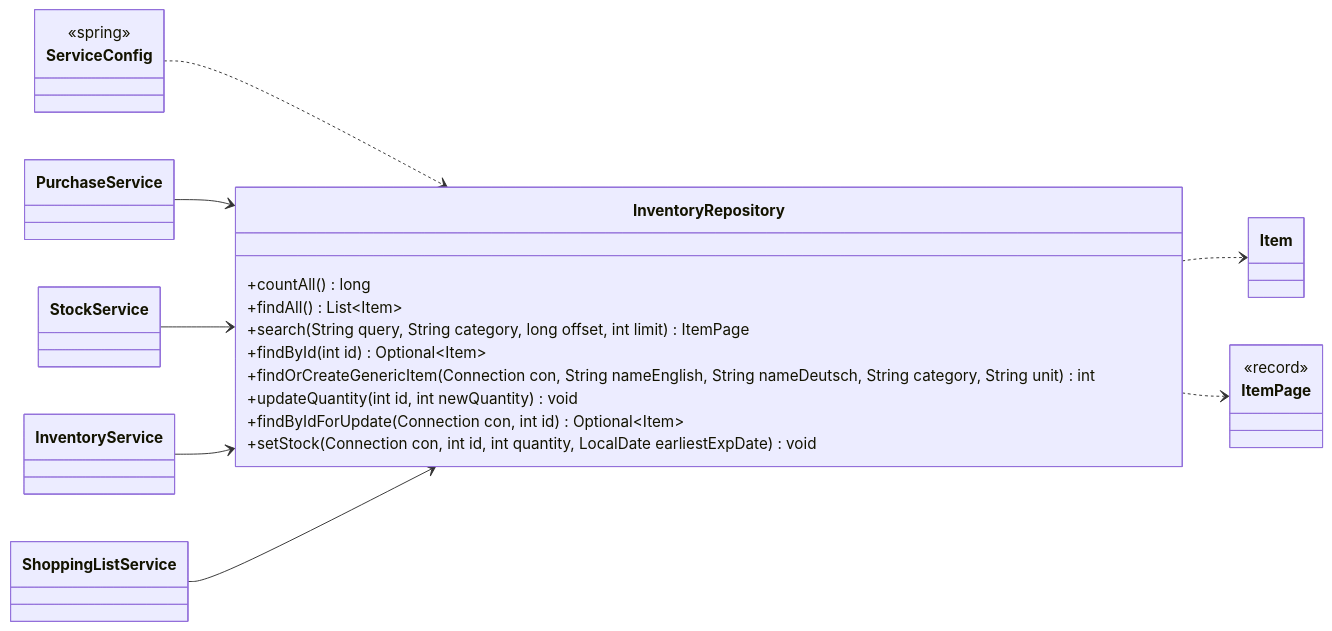
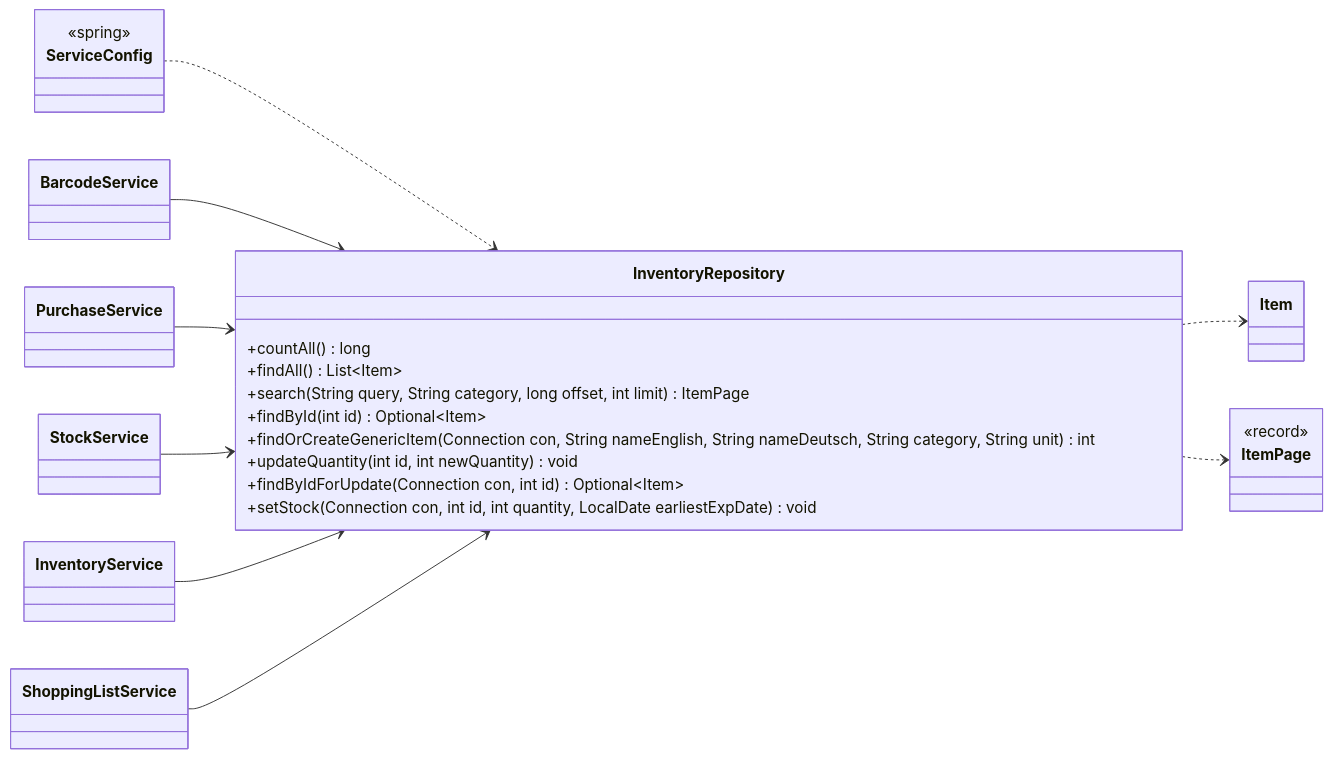
The second of 5 diagrams in docs/classes/inventory.md (Nate-ryan-7690/dahaem), drawn with Mermaid before and after one commit. The commit also changed other lines of this file and 7 other files, not shown here.

````diff
--- a/docs/classes/inventory.md
+++ b/docs/classes/inventory.md
@@ -44,32 +44,34 @@
 ```mermaid
 classDiagram
     direction LR
     class inventory_InventoryRepository["InventoryRepository"] {
         +countAll() long
         +findAll() List~Item~
         +search(String query, String category, long offset, int limit) ItemPage
         +findById(int id) Optional~Item~
         +findOrCreateGenericItem(Connection con, String nameEnglish, String nameDeutsch, String category, String unit) int
         +updateQuantity(int id, int newQuantity) void
         +findByIdForUpdate(Connection con, int id) Optional~Item~
         +setStock(Connection con, int id, int quantity, LocalDate earliestExpDate) void
     }
+    class barcode_BarcodeService["BarcodeService"]
     class finance_PurchaseService["PurchaseService"]
     class finance_StockService["StockService"]
     class inventory_InventoryService["InventoryService"]
     class shopping_ShoppingListService["ShoppingListService"]
     class inventory_Item["Item"]
     class inventory_ItemPage["ItemPage"] {
         <<record>>
     }
     class api_ServiceConfig["ServiceConfig"] {
         <<spring>>
     }
     inventory_InventoryRepository ..> inventory_Item
     inventory_InventoryRepository ..> inventory_ItemPage
     api_ServiceConfig ..> inventory_InventoryRepository
+    barcode_BarcodeService --> inventory_InventoryRepository
     finance_PurchaseService --> inventory_InventoryRepository
     finance_StockService --> inventory_InventoryRepository
     inventory_InventoryService --> inventory_InventoryRepository
     shopping_ShoppingListService --> inventory_InventoryRepository
 ```
````
